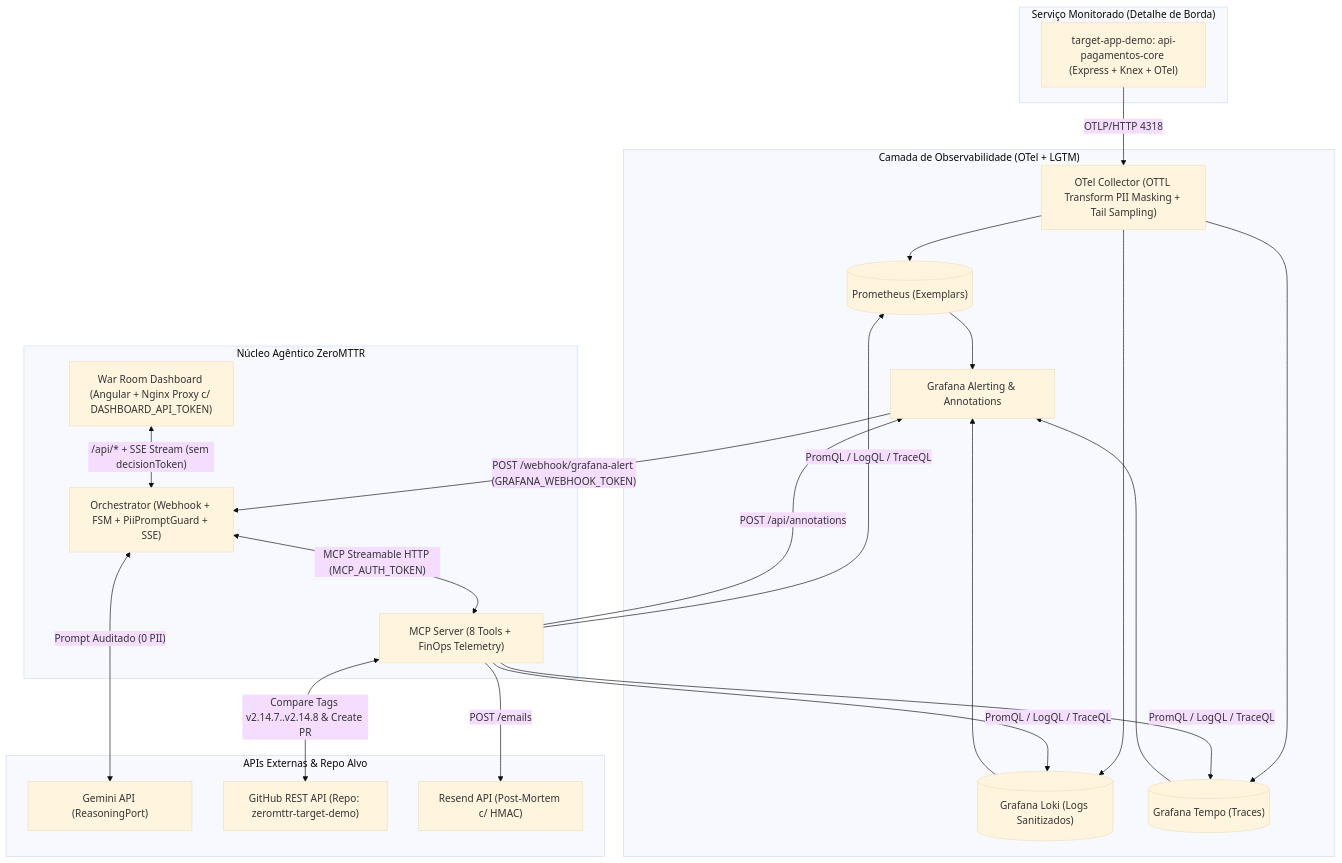
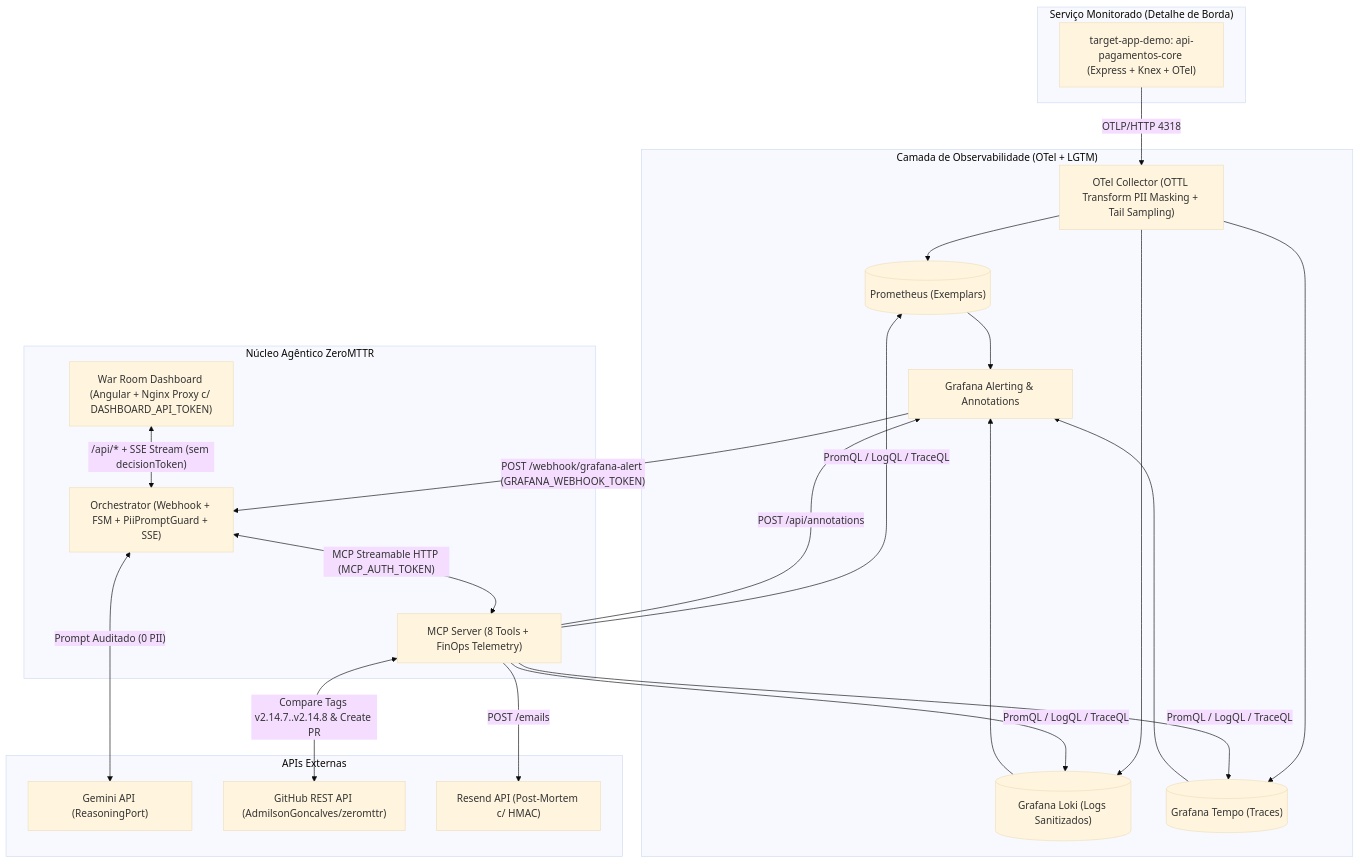
One commit to AdmilsonGoncalves/zeromttr changed the second of 4 diagrams in docs/pt-BR/00_architecture_master.md. Above: the diagram before and after it, drawn with Mermaid (base theme). The commit also changed other lines of this file and 10 other files, not shown here.

Commit message:
docs: consolidate single-repo release branch strategy (release/target-v2.14.8) in AdmilsonGoncalves/zeromttr

````diff
--- a/docs/pt-BR/00_architecture_master.md
+++ b/docs/pt-BR/00_architecture_master.md
@@ -144,38 +143,38 @@
 ```mermaid
 flowchart TD
     subgraph Workload["Serviço Monitorado (Detalhe de Borda)"]
         DEMO["target-app-demo: api-pagamentos-core (Express + Knex + OTel)"]
     end
 
     subgraph Observability["Camada de Observabilidade (OTel + LGTM)"]
         OTEL["OTel Collector (OTTL Transform PII Masking + Tail Sampling)"]
         PROM[("Prometheus (Exemplars)")]
         LOKI[("Grafana Loki (Logs Sanitizados)")]
         TEMPO[("Grafana Tempo (Traces)")]
         GRAF["Grafana Alerting & Annotations"]
     end
 
     subgraph ZeroMTTR["Núcleo Agêntico ZeroMTTR"]
         DASH["War Room Dashboard (Angular + Nginx Proxy c/ DASHBOARD_API_TOKEN)"]
         ORCH["Orchestrator (Webhook + FSM + PiiPromptGuard + SSE)"]
         MCP["MCP Server (8 Tools + FinOps Telemetry)"]
     end
 
-    subgraph External["APIs Externas & Repo Alvo"]
+    subgraph External["APIs Externas"]
         LLM["Gemini API (ReasoningPort)"]
-        GH["GitHub REST API (Repo: zeromttr-target-demo)"]
+        GH["GitHub REST API (AdmilsonGoncalves/zeromttr)"]
         RS["Resend API (Post-Mortem c/ HMAC)"]
     end
 
     DEMO -->|"OTLP/HTTP 4318"| OTEL
     OTEL --> PROM & LOKI & TEMPO
     PROM & LOKI & TEMPO --> GRAF
     GRAF -->|"POST /webhook/grafana-alert (GRAFANA_WEBHOOK_TOKEN)"| ORCH
     DASH <-->|"/api/* + SSE Stream (sem decisionToken)"| ORCH
     ORCH <-->|"MCP Streamable HTTP (MCP_AUTH_TOKEN)"| MCP
     ORCH <-->|"Prompt Auditado (0 PII)"| LLM
     MCP -->|"PromQL / LogQL / TraceQL"| PROM & LOKI & TEMPO
     MCP -->|"POST /api/annotations"| GRAF
     MCP <-->|"Compare Tags v2.14.7..v2.14.8 & Create PR"| GH
     MCP -->|"POST /emails"| RS
 ```
````
